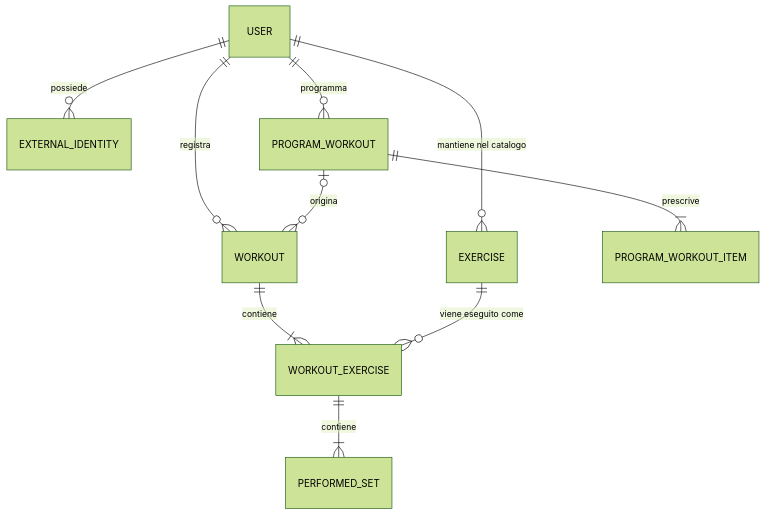
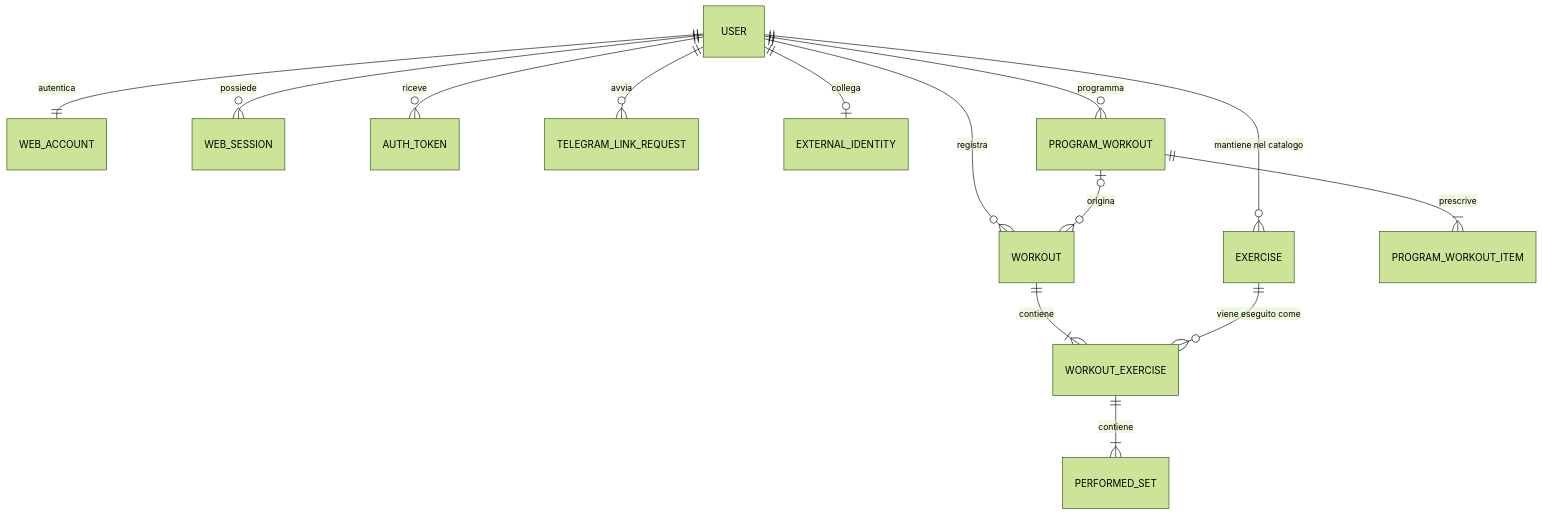
Before and after one commit to denkerito/Jim-007: the diagram in docs/database.md, drawn with Mermaid (forest theme). The commit also changed other lines of this file and 74 other files, not shown here.

Commit message:
feat: add web-first auth and Telegram linking

````diff
--- a/docs/database.md
+++ b/docs/database.md
@@ -59,12 +60,16 @@
 ```mermaid
 erDiagram
-    USER ||--o{ EXTERNAL_IDENTITY : "possiede"
+    USER ||--|| WEB_ACCOUNT : "autentica"
+    USER ||--o{ WEB_SESSION : "possiede"
+    USER ||--o{ AUTH_TOKEN : "riceve"
+    USER ||--o{ TELEGRAM_LINK_REQUEST : "avvia"
+    USER ||--o| EXTERNAL_IDENTITY : "collega"
     USER ||--o{ EXERCISE : "mantiene nel catalogo"
     USER ||--o{ WORKOUT : "registra"
     USER ||--o{ PROGRAM_WORKOUT : "programma"
     PROGRAM_WORKOUT ||--|{ PROGRAM_WORKOUT_ITEM : "prescrive"
     PROGRAM_WORKOUT o|--o{ WORKOUT : "origina"
     WORKOUT ||--|{ WORKOUT_EXERCISE : "contiene"
     EXERCISE ||--o{ WORKOUT_EXERCISE : "viene eseguito come"
     WORKOUT_EXERCISE ||--|{ PERFORMED_SET : "contiene"
 ```
````
